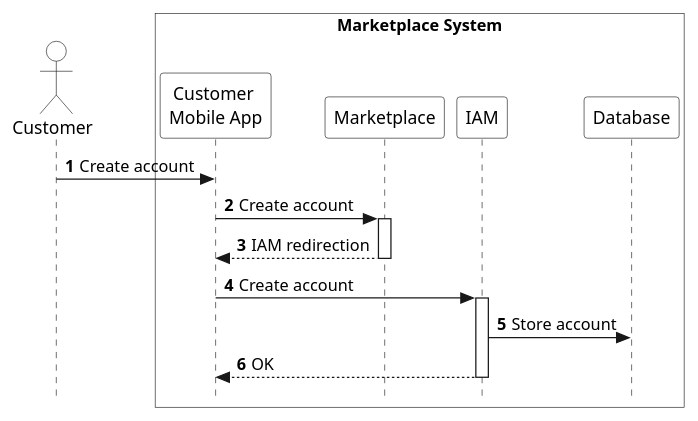
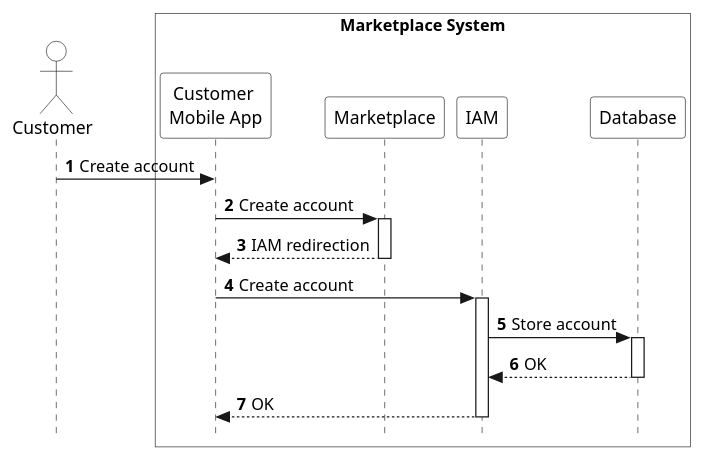
One commit to eddie-energy/architecture changed the diagram in arc42/marketplace/runtime-view/figures/marketplace-create-account.puml. Above: the diagram before and after it, drawn with PlantUML. The commit also changed 2 other files, not shown here.

```diff
--- a/arc42/marketplace/runtime-view/figures/marketplace-create-account.puml
+++ b/arc42/marketplace/runtime-view/figures/marketplace-create-account.puml
@@ -1,31 +1,34 @@
 @startuml marketplace-create-account
 
 skinparam style strictuml
 skinparam sequence {
   ParticipantBackgroundColor transparent
   ActorBackgroundColor transparent
 }
 
 autonumber
 !pragma teoz true
 
 actor "Customer" as customer
 box "Marketplace System" #transparent
   participant "Customer \nMobile App" as app
   participant "Marketplace" as marketplace
   participant "IAM" as iam
   participant "Database" as database
 end box
 
 customer -> app : Create account
 app -> marketplace : Create account
 activate marketplace
 marketplace --> app : IAM redirection
 deactivate marketplace
 app -> iam : Create account
 activate iam
 iam -> database : Store account
+activate database
+database --> iam : OK
+deactivate database
 iam --> app : OK
 deactivate iam
 
 @enduml
```
